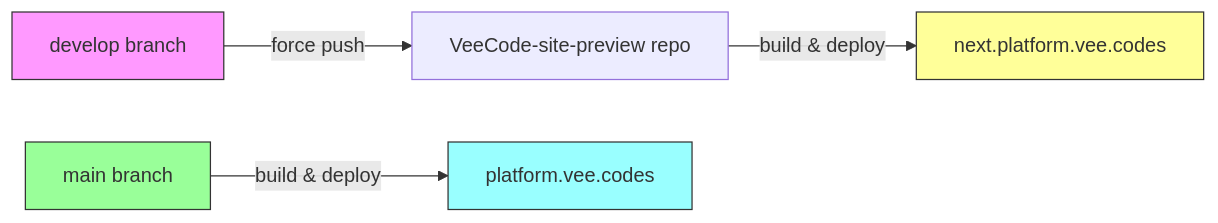
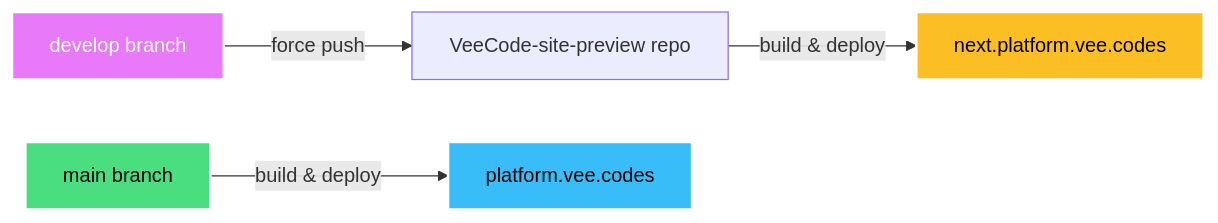
The diagram in CLAUDE.md (veecode-platform/VeeCode-site), drawn with Mermaid before and after one commit.

Commit message:
fix: Improve Mermaid diagram dark mode contrast in CLAUDE.md
Update deployment workflow diagram styling for better dark mode visibility:
- Use darker, saturated fill colors (fuchsia, green, amber, sky blue)
- Change stroke from dark gray (#333) to white (#fff)
- Add explicit text colors for readability
- Increase stroke width to 2px for better definition

This ensures the diagram is readable in both light and dark themes.

````diff
--- a/CLAUDE.md
+++ b/CLAUDE.md
@@ -176,12 +176,12 @@
 ```mermaid
 graph LR
     A[develop branch] -->|force push| B[VeeCode-site-preview repo]
     B -->|build & deploy| C[next.platform.vee.codes]
 
     D[main branch] -->|build & deploy| E[platform.vee.codes]
 
-    style A fill:#f9f,stroke:#333
-    style D fill:#9f9,stroke:#333
-    style C fill:#ff9,stroke:#333
-    style E fill:#9ff,stroke:#333
+    style A fill:#e879f9,stroke:#fff,stroke-width:2px,color:#fff
+    style D fill:#4ade80,stroke:#fff,stroke-width:2px,color:#000
+    style C fill:#fbbf24,stroke:#fff,stroke-width:2px,color:#000
+    style E fill:#38bdf8,stroke:#fff,stroke-width:2px,color:#000
 ```
````
